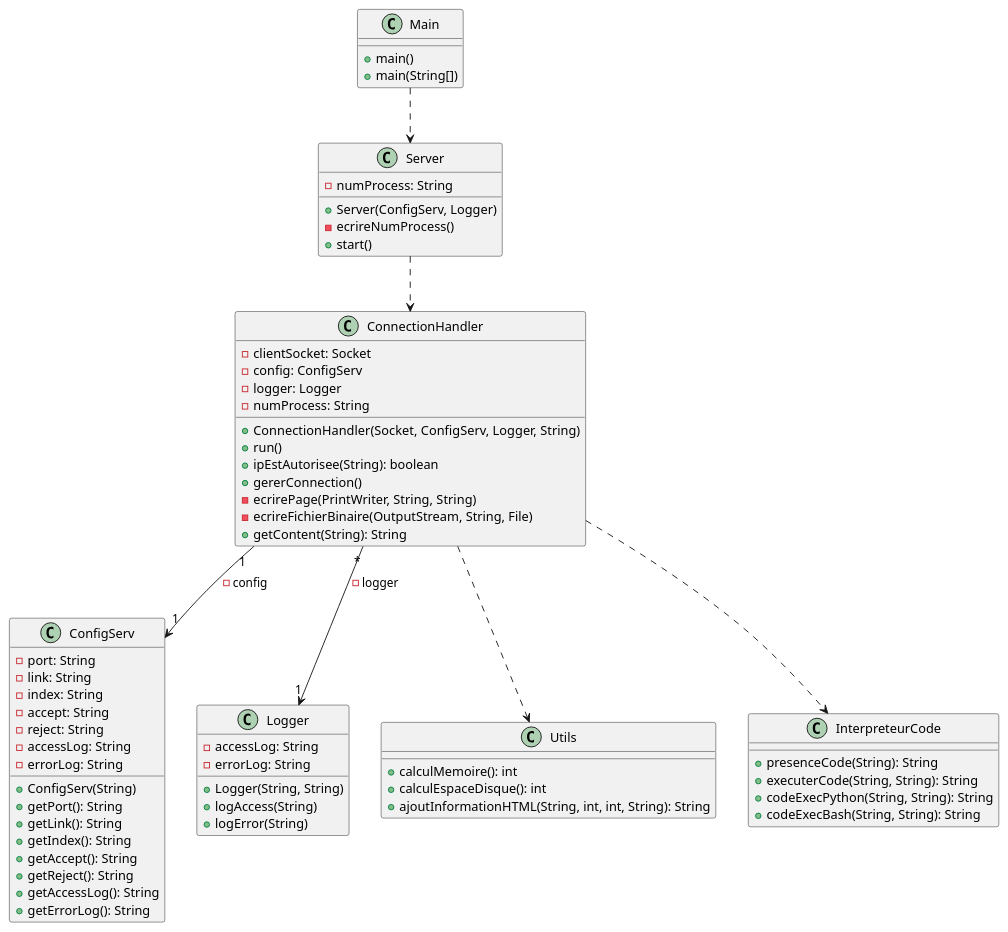
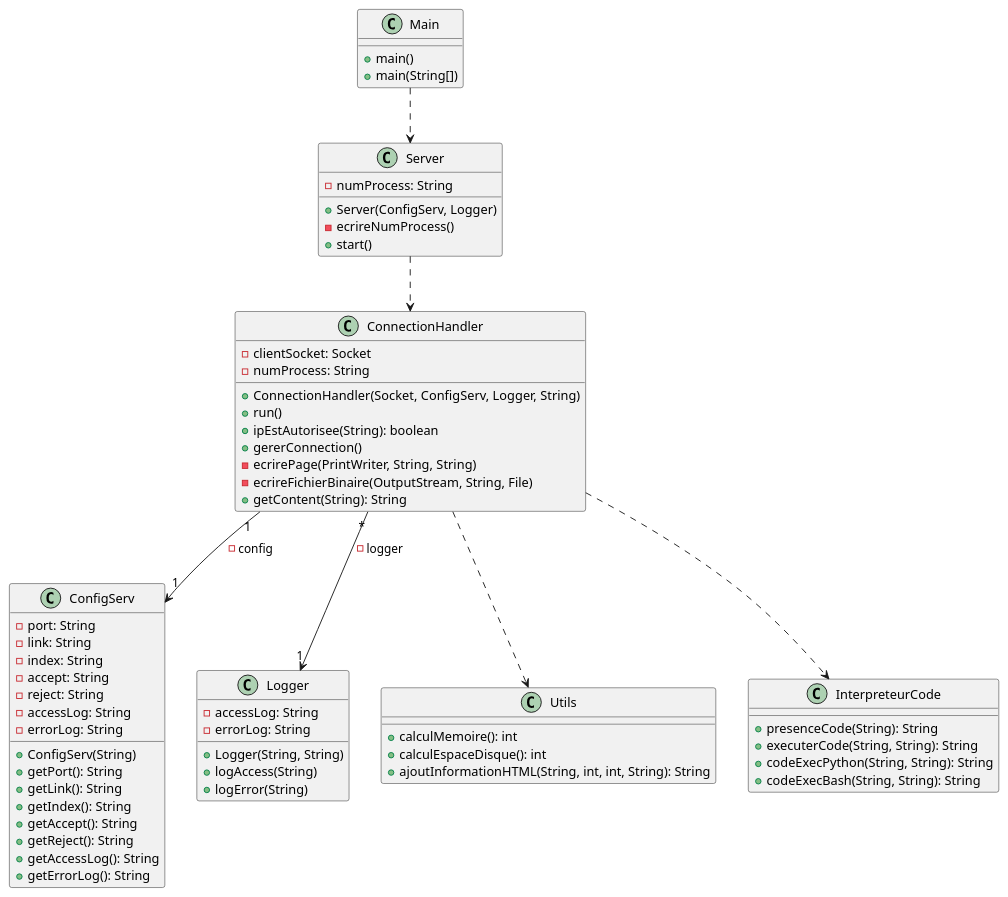
Before and after one commit to olivierdhx/2024_SAE2.03_Drouvot_Duhoux: the diagram in diagclass_global.puml, drawn with PlantUML.

Commit message:
modif attributs ConnectionHandler dans le diagramme de classe

```diff
--- a/diagclass_global.puml
+++ b/diagclass_global.puml
@@ -1,78 +1,76 @@
 @startuml
 
 class Main{
 + main()
 + main(String[])
 }
 
 Main ..> Server
 
 class ConfigServ{
 - port: String
 - link: String
 - index: String
 - accept: String
 - reject: String
 - accessLog: String
 - errorLog: String
 + ConfigServ(String)
 + getPort(): String
 + getLink(): String
 + getIndex(): String
 + getAccept(): String
 + getReject(): String
 + getAccessLog(): String
 + getErrorLog(): String
 }
 
 class Logger{
 - accessLog: String
 - errorLog: String
 + Logger(String, String)
 + logAccess(String)
 + logError(String)
 }
 
 class Server{
 - numProcess: String
 + Server(ConfigServ, Logger)
 - ecrireNumProcess()
 + start()
 }
 
 Server ..> ConnectionHandler
 
 class ConnectionHandler{
 - clientSocket: Socket
-- config: ConfigServ
-- logger: Logger
 - numProcess: String
 + ConnectionHandler(Socket, ConfigServ, Logger, String)
 + run()
 + ipEstAutorisee(String): boolean
 + gererConnection()
 - ecrirePage(PrintWriter, String, String)
 - ecrireFichierBinaire(OutputStream, String, File)
 + getContent(String): String
 }
 
 ConnectionHandler "1" --> "1" ConfigServ : - config
 ConnectionHandler "*" --> "1" Logger : - logger
 
 ConnectionHandler ..> Utils
 ConnectionHandler ..> InterpreteurCode
 
 class Utils{
 + calculMemoire(): int
 + calculEspaceDisque(): int
 + ajoutInformationHTML(String, int, int, String): String
 }
 
 class InterpreteurCode{
 + presenceCode(String): String
 + executerCode(String, String): String
 + codeExecPython(String, String): String
 + codeExecBash(String, String): String
 }
 
 @enduml
```
